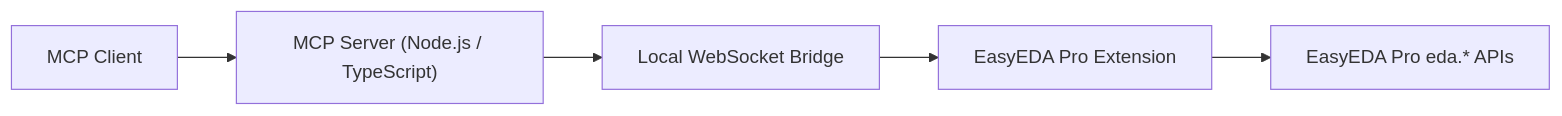
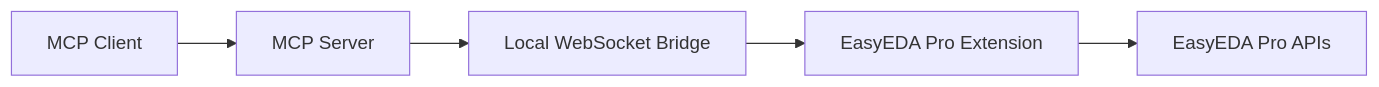
One commit to VLab-Software/easyeda_mcp changed the diagram in docs/architecture.md. Above: the diagram before and after it, drawn with Mermaid. The commit also changed other lines of this file and 46 other files, not shown here.

````diff
--- a/docs/architecture.md
+++ b/docs/architecture.md
@@ -9,7 +9,7 @@
 ```mermaid
 flowchart LR
-    A["MCP Client"] --> B["MCP Server (Node.js / TypeScript)"]
+    A["MCP Client"] --> B["MCP Server"]
     B --> C["Local WebSocket Bridge"]
     C --> D["EasyEDA Pro Extension"]
-    D --> E["EasyEDA Pro eda.* APIs"]
+    D --> E["EasyEDA Pro APIs"]
 ```
````
